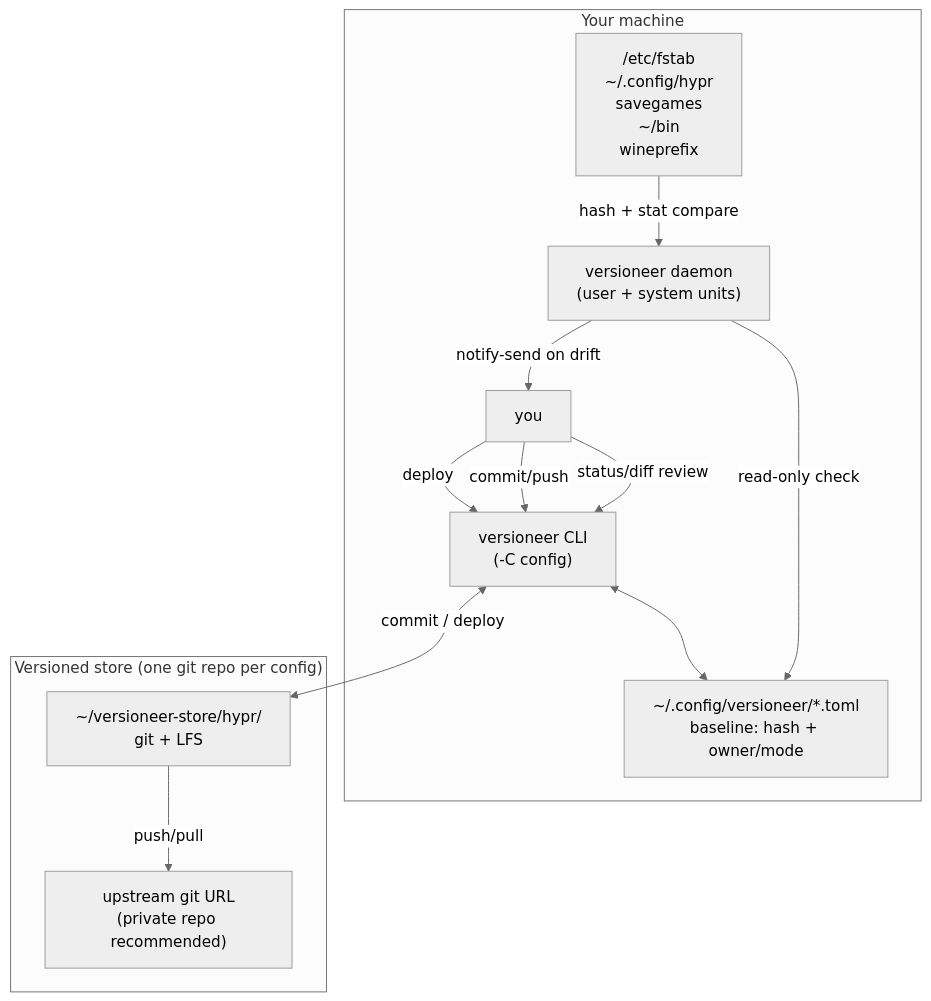
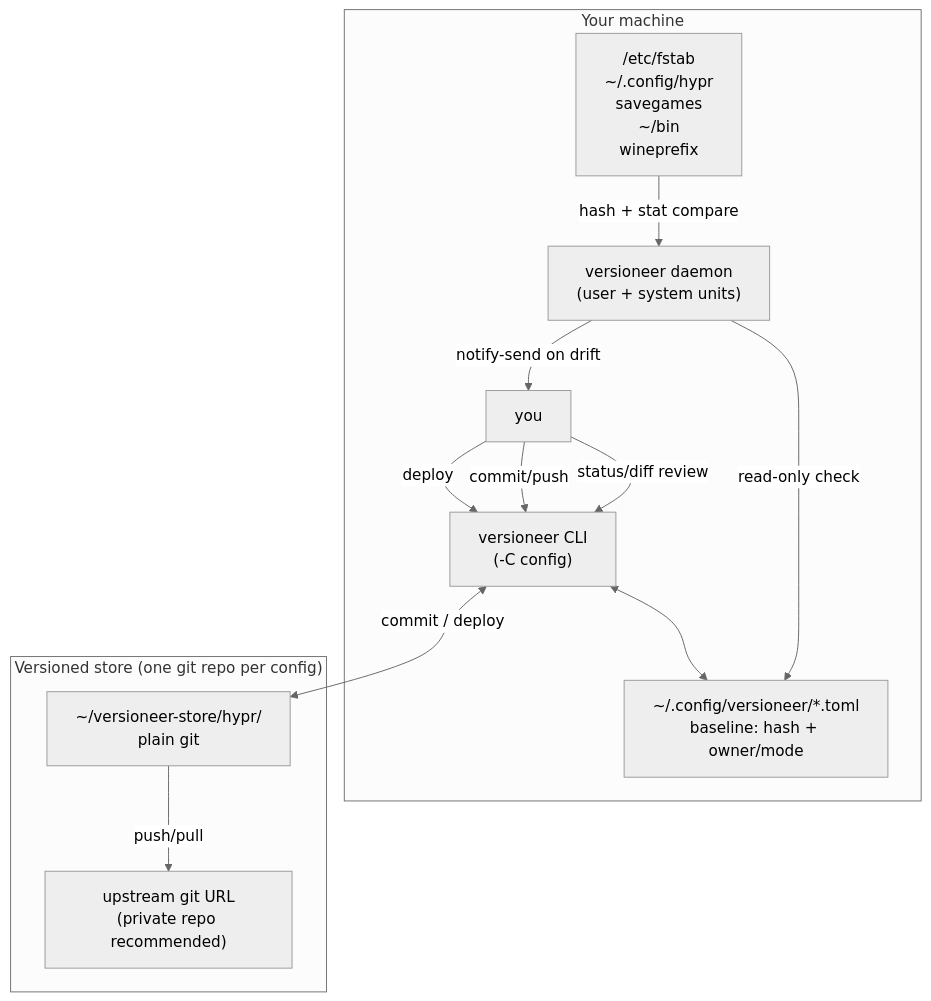
Before and after one commit to sandorkazi/versioneer: the first of 4 diagrams in README.md, drawn with Mermaid (neutral theme). The commit also changed other lines of this file and 19 other files, not shown here.

````diff
--- a/README.md
+++ b/README.md
@@ -64,21 +68,21 @@
 ```mermaid
 flowchart TB
     subgraph Machine["Your machine"]
         FS["/etc/fstab<br/>~/.config/hypr<br/>savegames<br/>~/bin<br/>wineprefix"]
         DAEMON["versioneer daemon<br/>(user + system units)"]
         CLI["versioneer CLI<br/>(-C config)"]
         TOML["~/.config/versioneer/*.toml<br/>baseline: hash + owner/mode"]
         FS -->|hash + stat compare| DAEMON
         DAEMON -->|read-only check| TOML
         DAEMON -->|notify-send on drift| USER["you"]
         CLI <--> TOML
         USER -->|status/diff review| CLI
         USER -->|commit/push| CLI
         USER -->|deploy| CLI
     end
     subgraph Store["Versioned store (one git repo per config)"]
-        REPO["~/versioneer-store/hypr/<br/>git + LFS"]
+        REPO["~/versioneer-store/hypr/<br/>plain git"]
         REPO -->|push/pull| UP["upstream git URL<br/>(private repo recommended)"]
     end
     CLI <-->|commit / deploy| REPO
 ```
````
